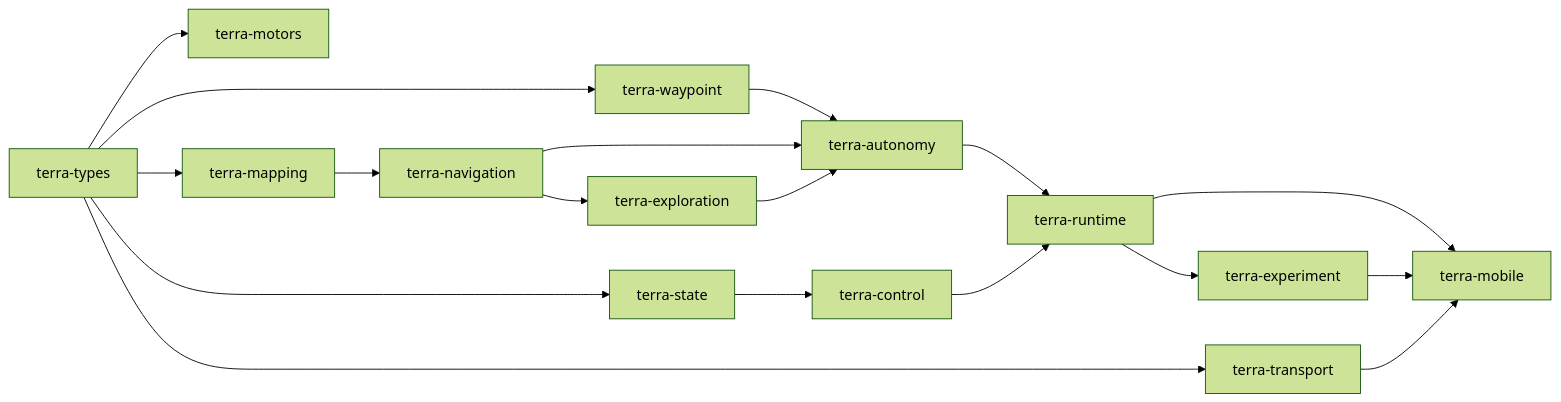
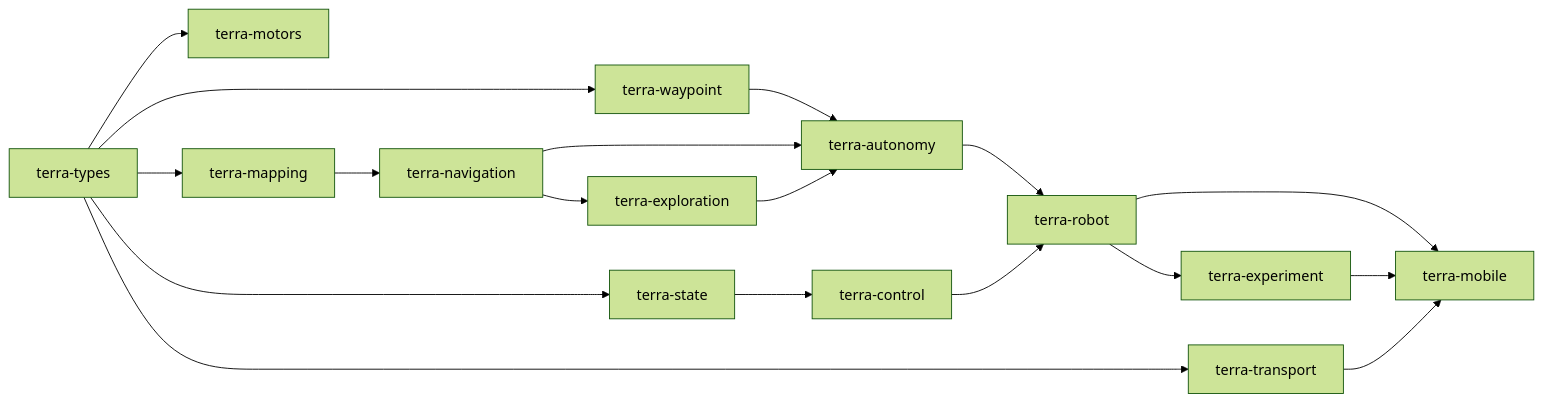
Before and after one commit to Super-Yojan/Terra: the diagram in docs/crates/index.md, drawn with Mermaid (forest theme). The commit also changed other lines of this file and 54 other files, not shown here.

First line of the commit message:
Rename terra-runtime to terra-robot

````diff
--- a/docs/crates/index.md
+++ b/docs/crates/index.md
@@ -9,20 +9,20 @@
 ```mermaid
 flowchart LR
   Types[terra-types] --> State[terra-state]
   State --> Control[terra-control]
   Types --> Motors[terra-motors]
   Types --> Way[terra-waypoint]
   Types --> Map[terra-mapping]
   Map --> Nav[terra-navigation]
   Nav --> Exp[terra-exploration]
   Way --> Auto[terra-autonomy]
   Nav --> Auto
   Exp --> Auto
-  Auto --> Runtime[terra-runtime]
+  Auto --> Runtime[terra-robot]
   Control --> Runtime
   Runtime --> Record[terra-experiment]
   Runtime --> Mobile[terra-mobile]
   Record --> Mobile
   Types --> Transport[terra-transport]
   Transport --> Mobile
 ```
````
